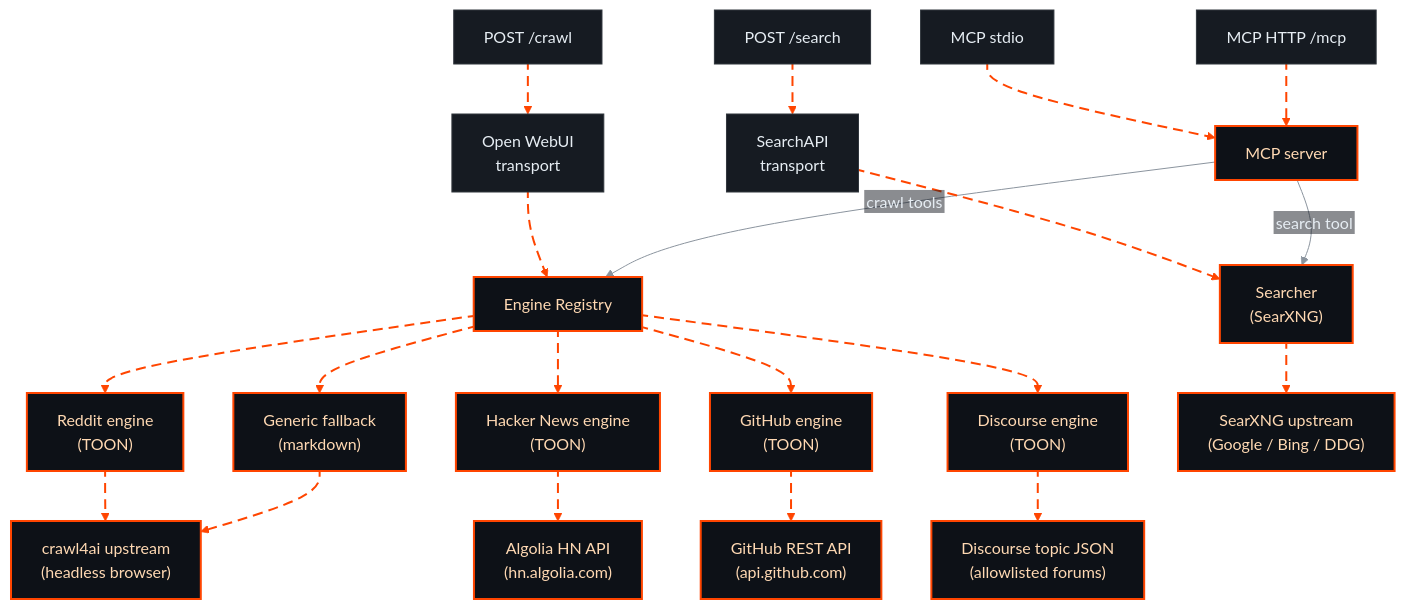
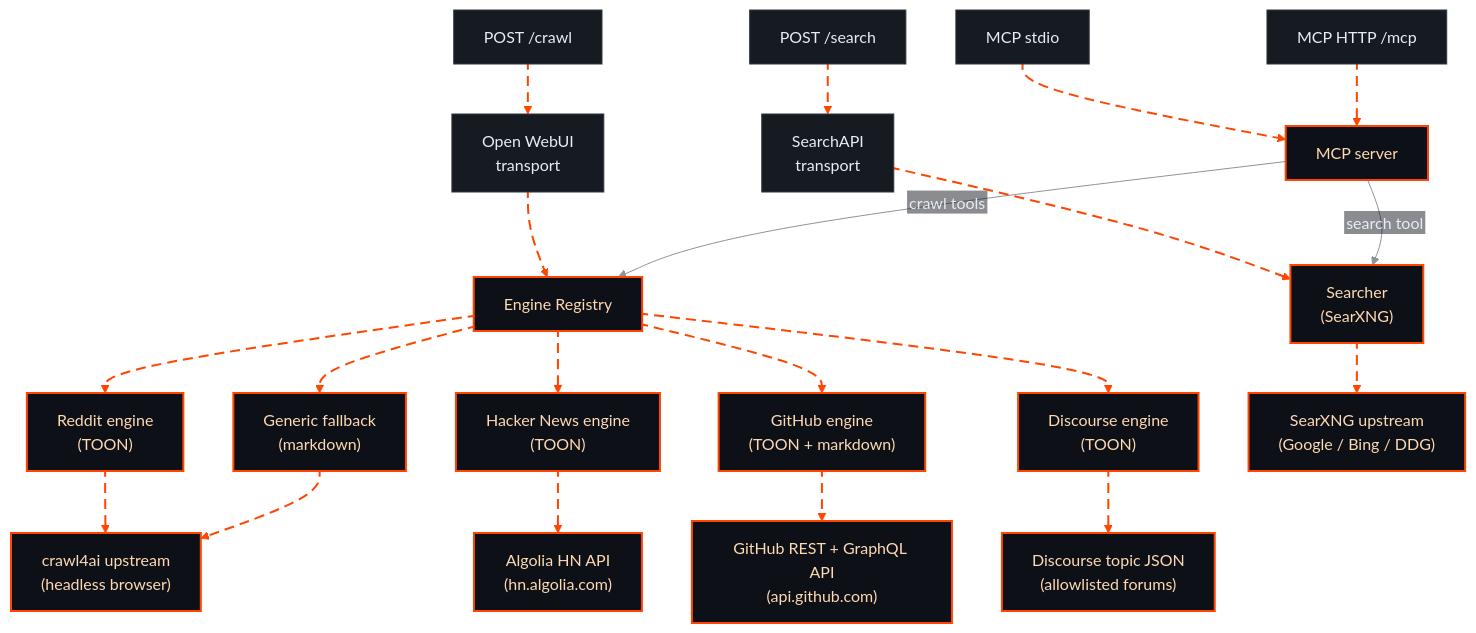
Before and after one commit to kinorai/omnifeed: the diagram in README.md, drawn with Mermaid. The commit also changed other lines of this file and 24 other files, not shown here.

````diff
--- a/README.md
+++ b/README.md
@@ -132,32 +132,32 @@
 ```mermaid
 %%{init: {"theme":"base","themeVariables":{"background":"transparent","mainBkg":"#161b22","primaryColor":"#161b22","primaryTextColor":"#e6edf3","primaryBorderColor":"#FF4500","lineColor":"#8b949e","secondaryColor":"#161b22","tertiaryColor":"#161b22"},"flowchart":{"curve":"basis","htmlLabels":false}}}%%
 flowchart TB
   crawl["POST /crawl"] e1@--> owt["Open WebUI<br/>transport"]
   search["POST /search"] e2@--> sat["SearchAPI<br/>transport"]
   mcpStdio["MCP stdio"] e3@--> mcp["MCP server"]
   mcpHTTP["MCP HTTP /mcp"] e4@--> mcp
 
   owt e5@--> reg["Engine Registry"]
   mcp -- crawl tools --> reg
   sat e6@--> searcher["Searcher<br/>(SearXNG)"]
   mcp -- search tool --> searcher
 
   reg e7@--> reddit["Reddit engine<br/>(TOON)"]
   reg e12@--> hn["Hacker News engine<br/>(TOON)"]
-  reg e14@--> gh["GitHub engine<br/>(TOON)"]
+  reg e14@--> gh["GitHub engine<br/>(TOON + markdown)"]
   reg e16@--> disc["Discourse engine<br/>(TOON)"]
   reg e8@--> generic["Generic fallback<br/>(markdown)"]
   reddit e9@--> c4["crawl4ai upstream<br/>(headless browser)"]
   generic e10@--> c4
   hn e13@--> algolia["Algolia HN API<br/>(hn.algolia.com)"]
-  gh e15@--> ghapi["GitHub REST API<br/>(api.github.com)"]
+  gh e15@--> ghapi["GitHub REST + GraphQL API<br/>(api.github.com)"]
   disc e17@--> discapi["Discourse topic JSON<br/>(allowlisted forums)"]
   searcher e11@--> sx["SearXNG upstream<br/>(Google / Bing / DDG)"]
 
   classDef box fill:#161b22,stroke:#30363d,stroke-width:1px,color:#e6edf3;
   classDef accent fill:#0d1117,stroke:#FF4500,stroke-width:2px,color:#ffd9b3;
   classDef animate stroke:#FF4500,stroke-width:2px,stroke-dasharray:10 6,stroke-dashoffset:900,animation:dash 14s linear infinite;
   class crawl,search,mcpStdio,mcpHTTP,owt,sat box;
   class mcp,reg,searcher,reddit,hn,gh,disc,generic,c4,sx,algolia,ghapi,discapi accent;
   class e1,e2,e3,e4,e5,e6,e7,e8,e9,e10,e11,e12,e13,e14,e15,e16,e17 animate;
 ```
````
